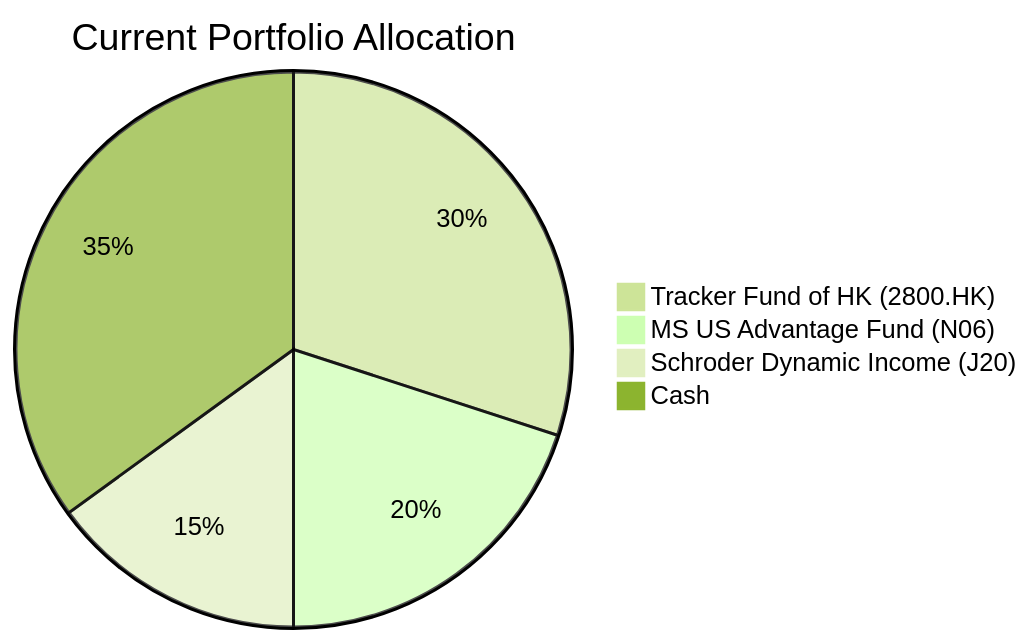
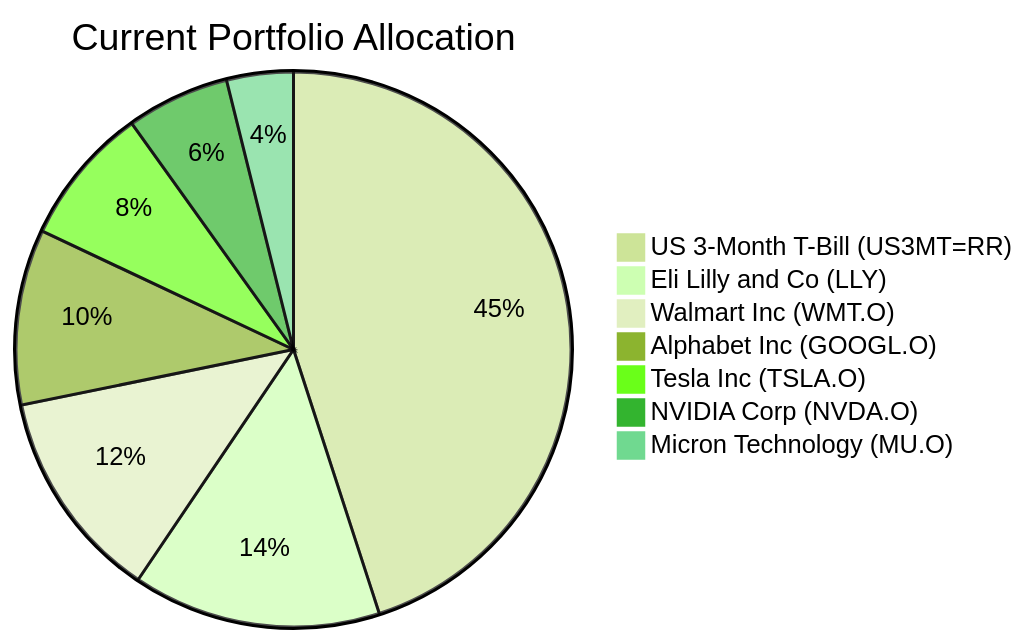
The first of 2 diagrams in docs/sample outputs/portfolio_review-deepseek-v3.2-fw.md (roger249/Bot-collaboration), drawn with Mermaid (forest theme) before and after one commit. The commit also changed other lines of this file and 3 other files, not shown here.

````diff
--- a/docs/sample outputs/portfolio_review-deepseek-v3.2-fw.md
+++ b/docs/sample outputs/portfolio_review-deepseek-v3.2-fw.md
@@ -18,7 +22,10 @@
 ```mermaid
 pie title Current Portfolio Allocation
-    "Tracker Fund of HK (2800.HK)" : 30
-    "MS US Advantage Fund (N06)" : 20
-    "Schroder Dynamic Income (J20)" : 15
-    "Cash" : 35
+    "US 3-Month T-Bill (US3MT=RR)" : 45
+    "Eli Lilly and Co (LLY)" : 14.45
+    "Walmart Inc (WMT.O)" : 12.34
+    "Alphabet Inc (GOOGL.O)" : 10.22
+    "Tesla Inc (TSLA.O)" : 8.11
+    "NVIDIA Corp (NVDA.O)" : 6.00
+    "Micron Technology (MU.O)" : 3.88
 ```
````
